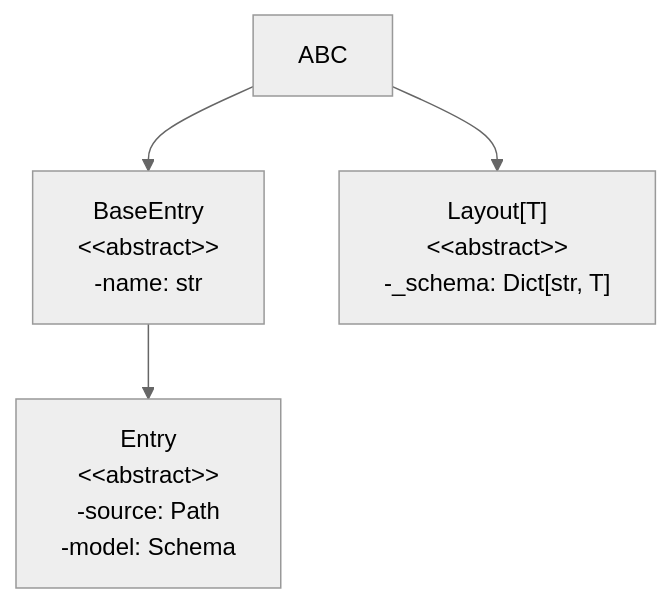
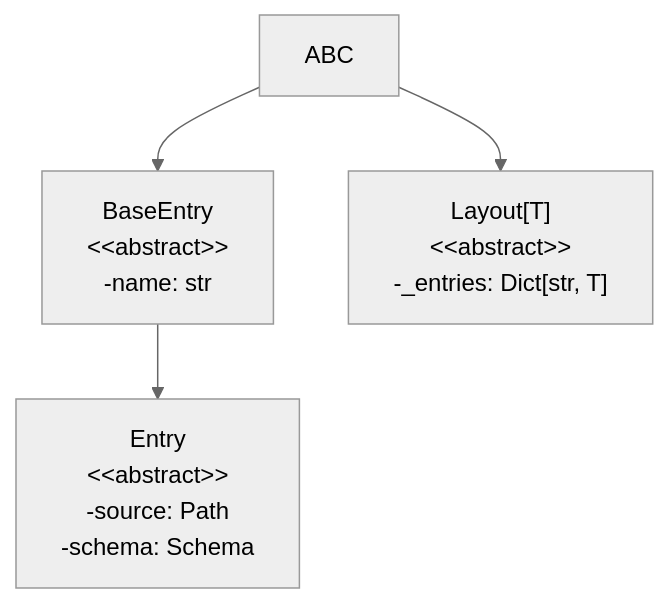
Before and after one commit to OutSquareCapital/framelib: the first of 3 diagrams in docs/CODE_ARCHITECTURE.md, drawn with Mermaid (neutral theme). The commit also changed other lines of this file and 16 other files, not shown here.

Commit message:
refactor: renamed schema -> entries, model -> schema across the codebase. This makes much more sense from a naming perspective

````diff
--- a/docs/CODE_ARCHITECTURE.md
+++ b/docs/CODE_ARCHITECTURE.md
@@ -115,11 +116,11 @@
 ```mermaid
 graph TD
     ABC["ABC"]
     BaseEntry["BaseEntry<br/>&lt;&lt;abstract&gt;&gt;<br/>-name: str"]
-    Entry["Entry<br/>&lt;&lt;abstract&gt;&gt;<br/>-source: Path<br/>-model: Schema"]
-    Layout["Layout[T]<br/>&lt;&lt;abstract&gt;&gt;<br/>-_schema: Dict[str, T]"]
+    Entry["Entry<br/>&lt;&lt;abstract&gt;&gt;<br/>-source: Path<br/>-schema: Schema"]
+    Layout["Layout[T]<br/>&lt;&lt;abstract&gt;&gt;<br/>-_entries: Dict[str, T]"]
 
     ABC --> BaseEntry
     ABC --> Layout
     BaseEntry --> Entry
 ```
````
